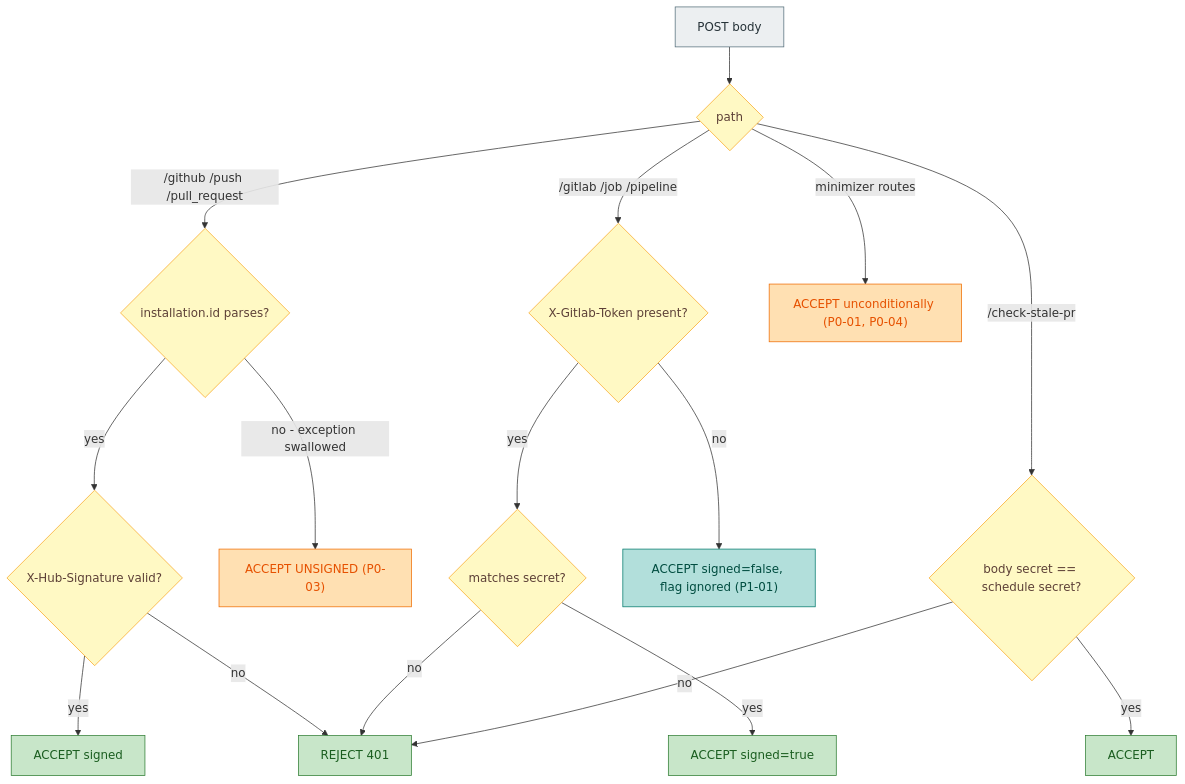
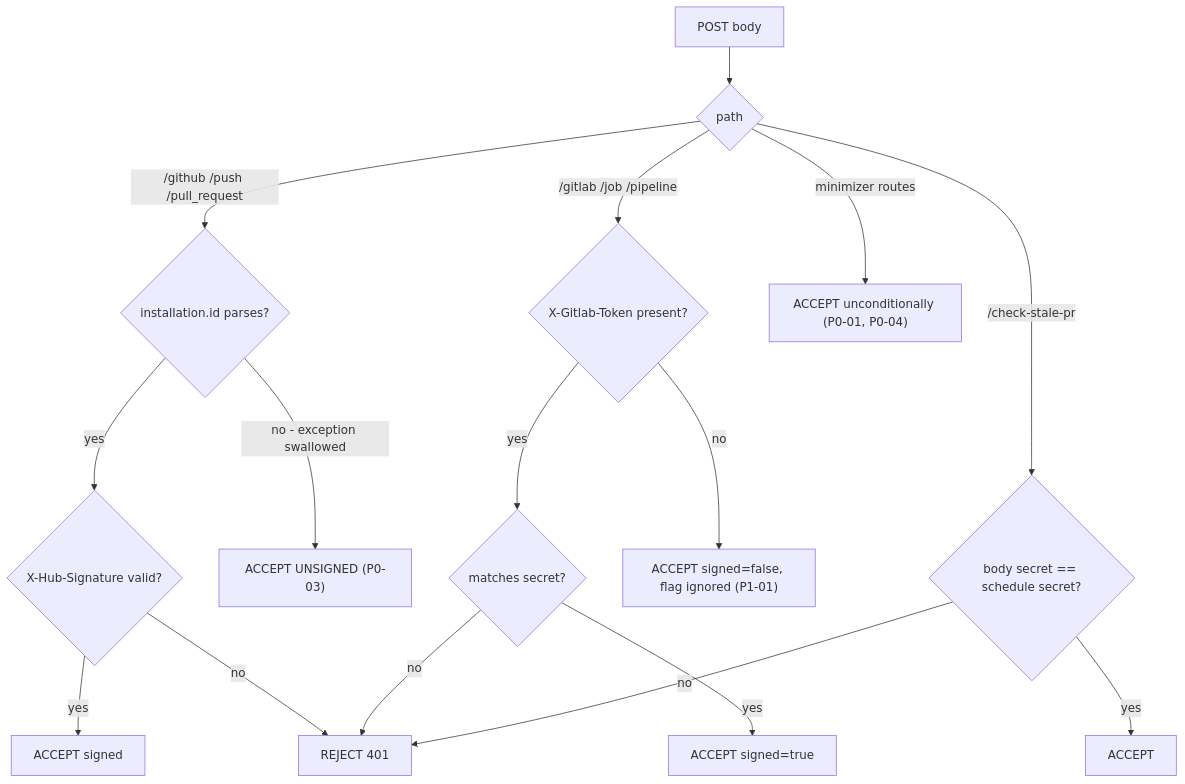
The second of 3 diagrams in docs/security.md (rocq-prover/bot), drawn with Mermaid before and after one commit. The commit also changed other lines of this file, not shown here.

````diff
--- a/docs/security.md
+++ b/docs/security.md
@@ -221,34 +82,22 @@
 ```mermaid
 flowchart TD
   REQ["POST body"] --> P{"path"}
 
   P --> |"/github /push /pull_request"| GHJ{"installation.id parses?"}
   GHJ --> |"yes"| SIG{"X-Hub-Signature valid?"}
   SIG --> |"yes"| OKS["ACCEPT signed"]
   SIG --> |"no"| REJ["REJECT 401"]
   GHJ --> |"no - exception swallowed"| OPEN1["ACCEPT UNSIGNED (P0-03)"]
 
   P --> |"/gitlab /job /pipeline"| GLH{"X-Gitlab-Token present?"}
   GLH --> |"yes"| GLC{"matches secret?"}
   GLC --> |"yes"| OKG["ACCEPT signed=true"]
   GLC --> |"no"| REJ
   GLH --> |"no"| OPEN2["ACCEPT signed=false, flag ignored (P1-01)"]
 
   P --> |"minimizer routes"| OPEN3["ACCEPT unconditionally (P0-01, P0-04)"]
 
   P --> |"/check-stale-pr"| SEC{"body secret == schedule secret?"}
   SEC --> |"yes"| OKC["ACCEPT"]
   SEC --> |"no"| REJ
-
-  classDef start fill:#eceff1,stroke:#546e7a,color:#263238
-  classDef domain fill:#c8e6c9,stroke:#2e7d32,color:#1b5e20
-  classDef transport fill:#ffe0b2,stroke:#ef6c00,color:#e65100
-  classDef wiring fill:#b2dfdb,stroke:#00796b,color:#004d40
-  classDef question fill:#fff9c4,stroke:#f9a825,color:#5d4037
-
-  class REQ start
-  class P,GHJ,SIG,GLH,GLC,SEC question
-  class OKS,OKG,OKC,REJ domain
-  class OPEN1,OPEN3 transport
-  class OPEN2 wiring
 ```
````
